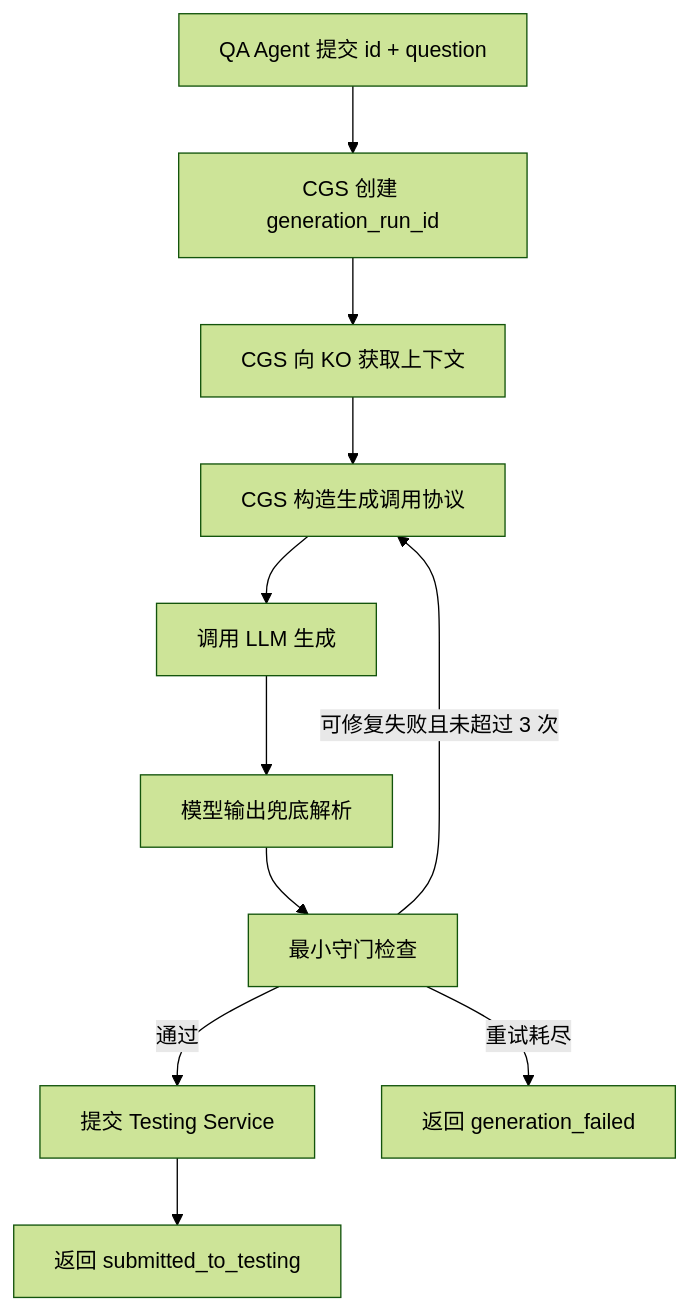
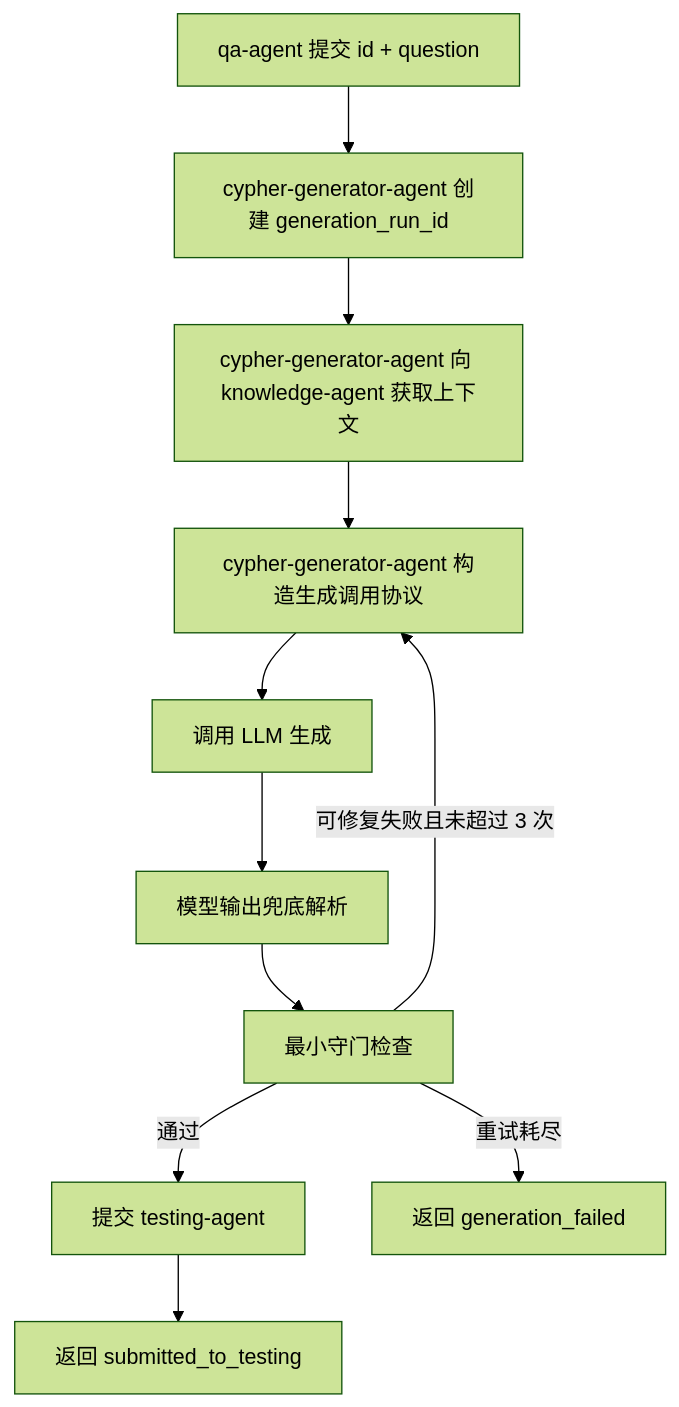
One commit to mangow0527/NL2Cypher changed the diagram in services/query_generator_agent/docs/Cypher_Generation_Service_Design.md. Above: the diagram before and after it, drawn with Mermaid (forest theme). The commit also changed other lines of this file and 18 other files, not shown here.

Commit message:
docs: standardize agent service names

````diff
--- a/services/query_generator_agent/docs/Cypher_Generation_Service_Design.md
+++ b/services/query_generator_agent/docs/Cypher_Generation_Service_Design.md
@@ -350,13 +381,13 @@
 ```mermaid
 flowchart TD
-    A["QA Agent 提交 id + question"] --> B["CGS 创建 generation_run_id"]
-    B --> C["CGS 向 KO 获取上下文"]
-    C --> D["CGS 构造生成调用协议"]
+    A["qa-agent 提交 id + question"] --> B["cypher-generator-agent 创建 generation_run_id"]
+    B --> C["cypher-generator-agent 向 knowledge-agent 获取上下文"]
+    C --> D["cypher-generator-agent 构造生成调用协议"]
     D --> E["调用 LLM 生成"]
     E --> F["模型输出兜底解析"]
     F --> G["最小守门检查"]
-    G -->|通过| H["提交 Testing Service"]
+    G -->|通过| H["提交 testing-agent"]
     G -->|可修复失败且未超过 3 次| D
     G -->|重试耗尽| I["返回 generation_failed"]
     H --> J["返回 submitted_to_testing"]
 ```
````
